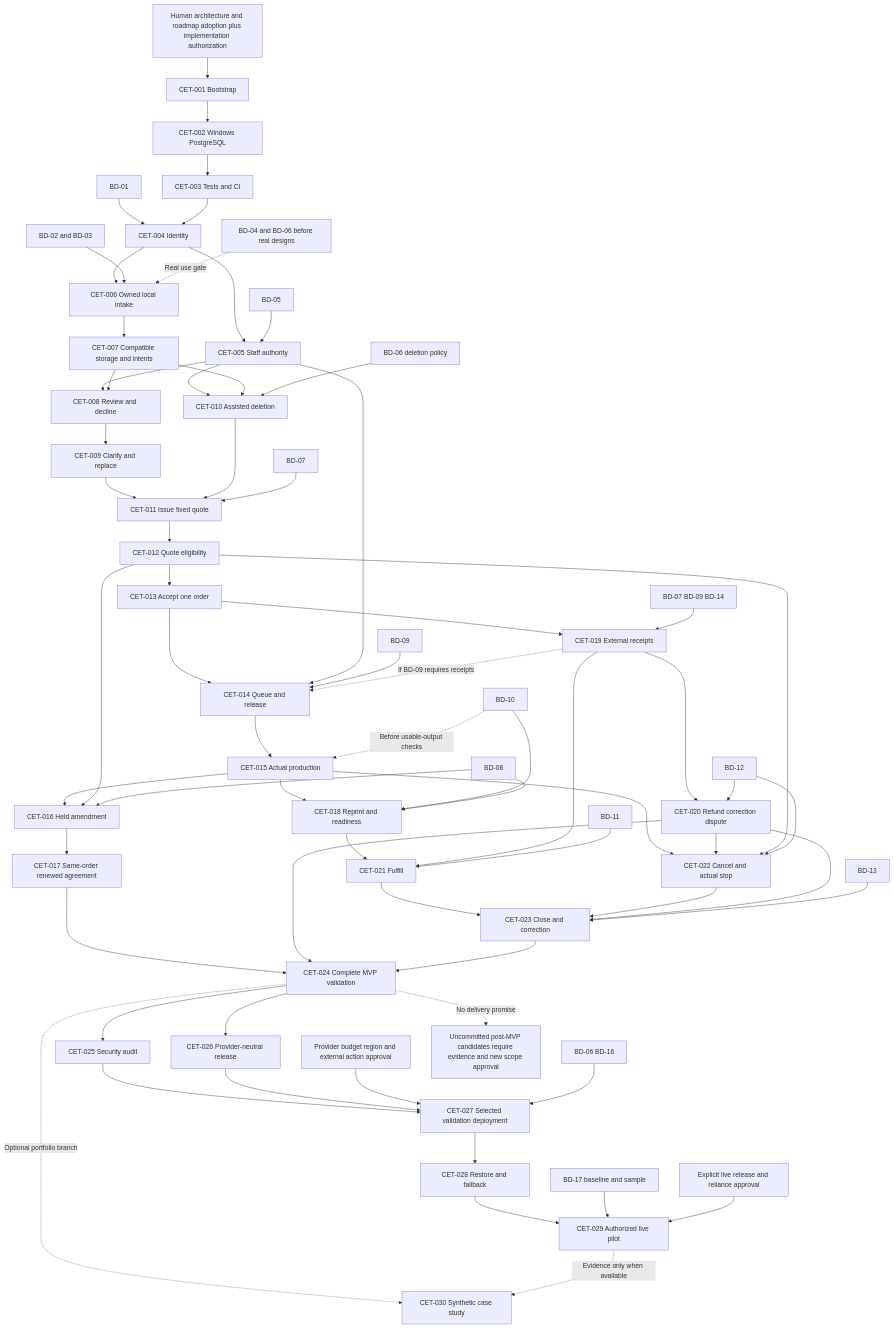
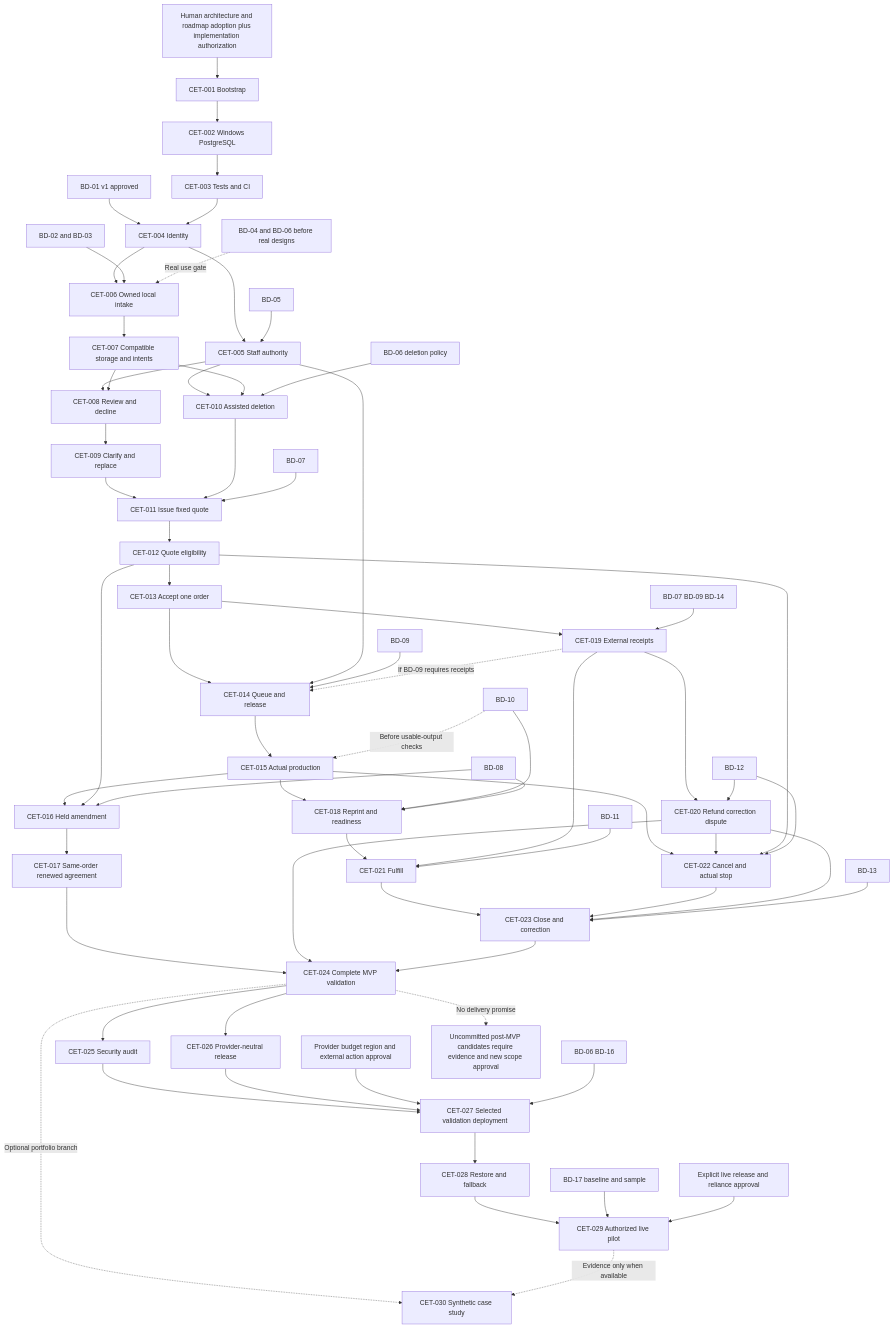
The diagram in docs/ROADMAP.md (NaufalElyzar11/Cetakin-Cloud), drawn with Mermaid before and after one commit. The commit also changed other lines of this file and 6 other files, not shown here.

````diff
--- a/docs/ROADMAP.md
+++ b/docs/ROADMAP.md
@@ -477,70 +478,70 @@
 ```mermaid
 flowchart TD
   G0[Human architecture and roadmap adoption plus implementation authorization] --> C001[CET-001 Bootstrap]
   C001 --> C002[CET-002 Windows PostgreSQL]
   C002 --> C003[CET-003 Tests and CI]
-  B1[BD-01] --> C004[CET-004 Identity]
+  B1[BD-01 v1 approved] --> C004[CET-004 Identity]
   C003 --> C004
   C004 --> C005[CET-005 Staff authority]
   B5[BD-05] --> C005
   C004 --> C006[CET-006 Owned local intake]
   B23[BD-02 and BD-03] --> C006
   C006 --> C007[CET-007 Compatible storage and intents]
   B46[BD-04 and BD-06 before real designs] -. Real use gate .-> C006
   C005 --> C008[CET-008 Review and decline]
   C007 --> C008
   C008 --> C009[CET-009 Clarify and replace]
   C005 --> C010[CET-010 Assisted deletion]
   C007 --> C010
   B6[BD-06 deletion policy] --> C010
   C009 --> C011[CET-011 Issue fixed quote]
   C010 --> C011
   B7[BD-07] --> C011
   C011 --> C012[CET-012 Quote eligibility]
   C012 --> C013[CET-013 Accept one order]
   C013 --> C014[CET-014 Queue and release]
   C005 --> C014
   B9[BD-09] --> C014
   C014 --> C015[CET-015 Actual production]
   C013 --> C019[CET-019 External receipts]
   B714[BD-07 BD-09 BD-14] --> C019
   C019 -. If BD-09 requires receipts .-> C014
   C019 --> C020[CET-020 Refund correction dispute]
   B12[BD-12] --> C020
   C015 --> C016[CET-016 Held amendment]
   C012 --> C016
   B8[BD-08] --> C016
   C016 --> C017[CET-017 Same-order renewed agreement]
   C015 --> C018[CET-018 Reprint and readiness]
   B10[BD-10] --> C018
   B8 --> C018
   B10 -. Before usable-output checks .-> C015
   C018 --> C021[CET-021 Fulfill]
   C019 --> C021
   B11[BD-11] --> C021
   C015 --> C022[CET-022 Cancel and actual stop]
   C020 --> C022
   C012 --> C022
   B12 --> C022
   C021 --> C023[CET-023 Close and correction]
   C022 --> C023
   C020 --> C023
   B13[BD-13] --> C023
   C017 --> C024[CET-024 Complete MVP validation]
   C020 --> C024
   C023 --> C024
   C024 --> C025[CET-025 Security audit]
   C024 --> C026[CET-026 Provider-neutral release]
   C024 -. Optional portfolio branch .-> C030[CET-030 Synthetic case study]
   C025 --> C027[CET-027 Selected validation deployment]
   C026 --> C027
   Provider[Provider budget region and external action approval] --> C027
   B616[BD-06 BD-16] --> C027
   C027 --> C028[CET-028 Restore and fallback]
   C028 --> C029[CET-029 Authorized live pilot]
   B17[BD-17 baseline and sample] --> C029
   Live[Explicit live release and reliance approval] --> C029
   C029 -. Evidence only when available .-> C030
   Future[Uncommitted post-MVP candidates require evidence and new scope approval]
   C024 -. No delivery promise .-> Future
 ```
````
